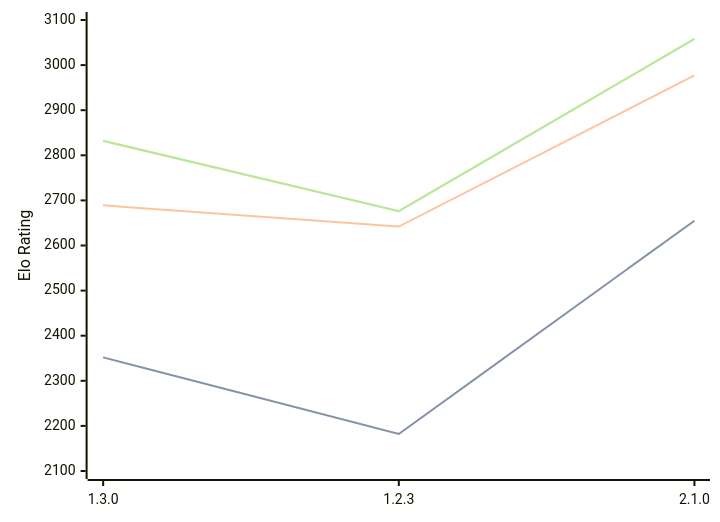
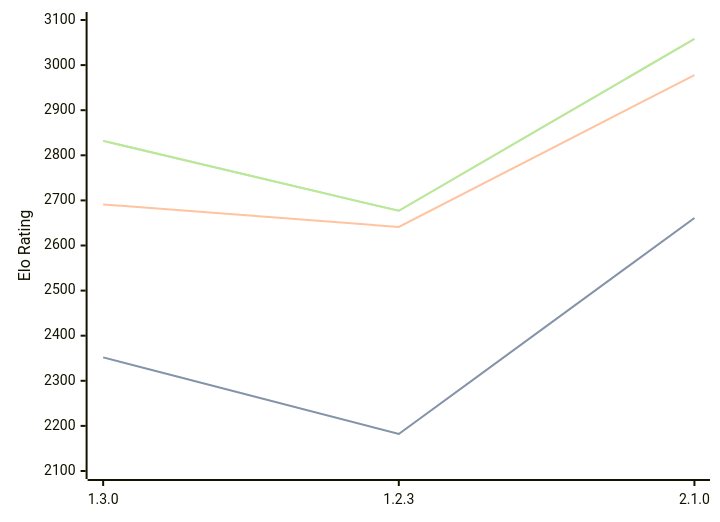
Before and after one commit to computer-chess-index/cci: the first of 3 diagrams in engines/Aspen.md, drawn with Mermaid. The commit also changed other lines of this file, not shown here.

Commit message:
Update CCI Ratings (ELO VLTC) - 2026-06-16

````diff
--- a/engines/Aspen.md
+++ b/engines/Aspen.md
@@ -43,11 +43,11 @@
 ```mermaid
 %%{init: {"theme":"base","themeVariables":{"seriesColors:['#a3a3a3','#222221','#faa371']}}}%%
 xychart-beta
   x-axis ["1.3.0", "1.2.3", "2.1.0"]
   y-axis "Elo Rating" 2100 --> 3100
-  line "STC (8.0+0.08s)" [2352, 2182, 2655]
-  line "STC (8.0+0.08s)" [2352, 2182, 2655]
-  line "LTC (60.0+0.60s)" [2689, 2642, 2977]
-  line "VLTC (2m24s+1.12s)" [2832, 2676, 3058]
-  line "VLTC (2m24s+1.12s)" [2832, 2676, 3058]
+  line "STC (8.0+0.08s)" [2352, 2182, 2661]
+  line "STC (8.0+0.08s)" [2352, 2182, 2661]
+  line "LTC (60.0+0.60s)" [2691, 2641, 2978]
+  line "VLTC (2m24s+1.12s)" [2832, 2677, 3058]
+  line "VLTC (2m24s+1.12s)" [2832, 2677, 3058]
 ```
````
